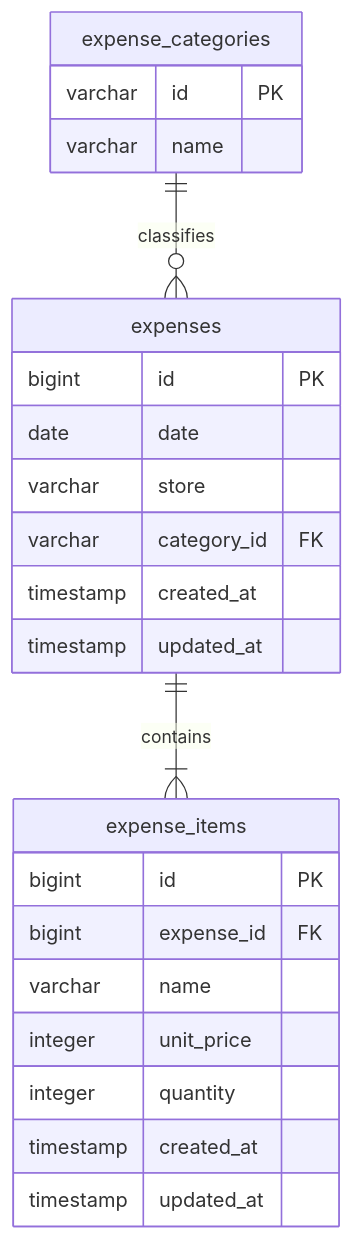
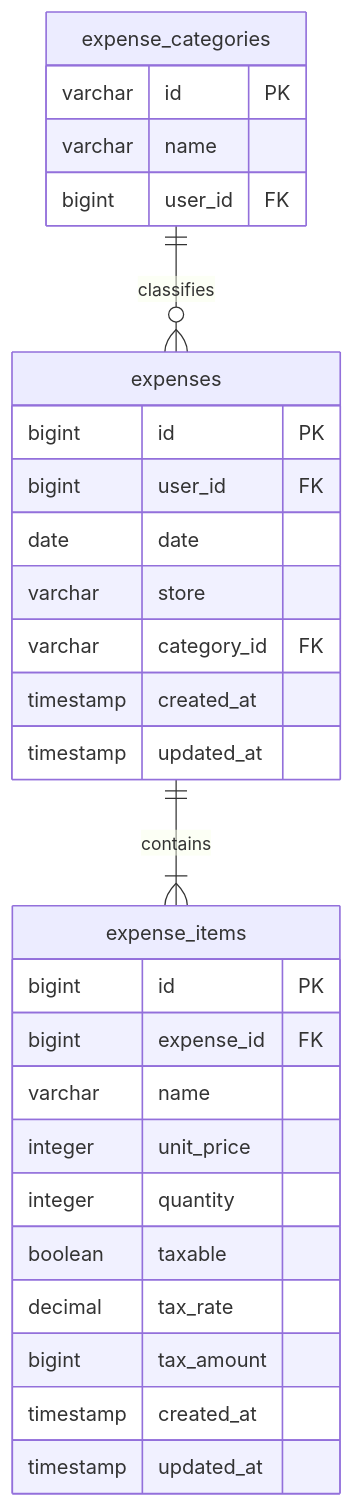
The diagram in docs/household-api.md (yuuki-sakurai/kakeibo-app), drawn with Mermaid before and after one commit. The commit also changed other lines of this file and 2 other files, not shown here.

````diff
--- a/docs/household-api.md
+++ b/docs/household-api.md
@@ -7,26 +7,31 @@
 ```mermaid
 erDiagram
     expense_categories ||--o{ expenses : classifies
     expenses ||--|{ expense_items : contains
     expense_categories {
         varchar id PK
         varchar name
+        bigint user_id FK
     }
     expenses {
         bigint id PK
+        bigint user_id FK
         date date
         varchar store
         varchar category_id FK
         timestamp created_at
         timestamp updated_at
     }
     expense_items {
         bigint id PK
         bigint expense_id FK
         varchar name
         integer unit_price
         integer quantity
+        boolean taxable
+        decimal tax_rate
+        bigint tax_amount
         timestamp created_at
         timestamp updated_at
     }
 ```
````
